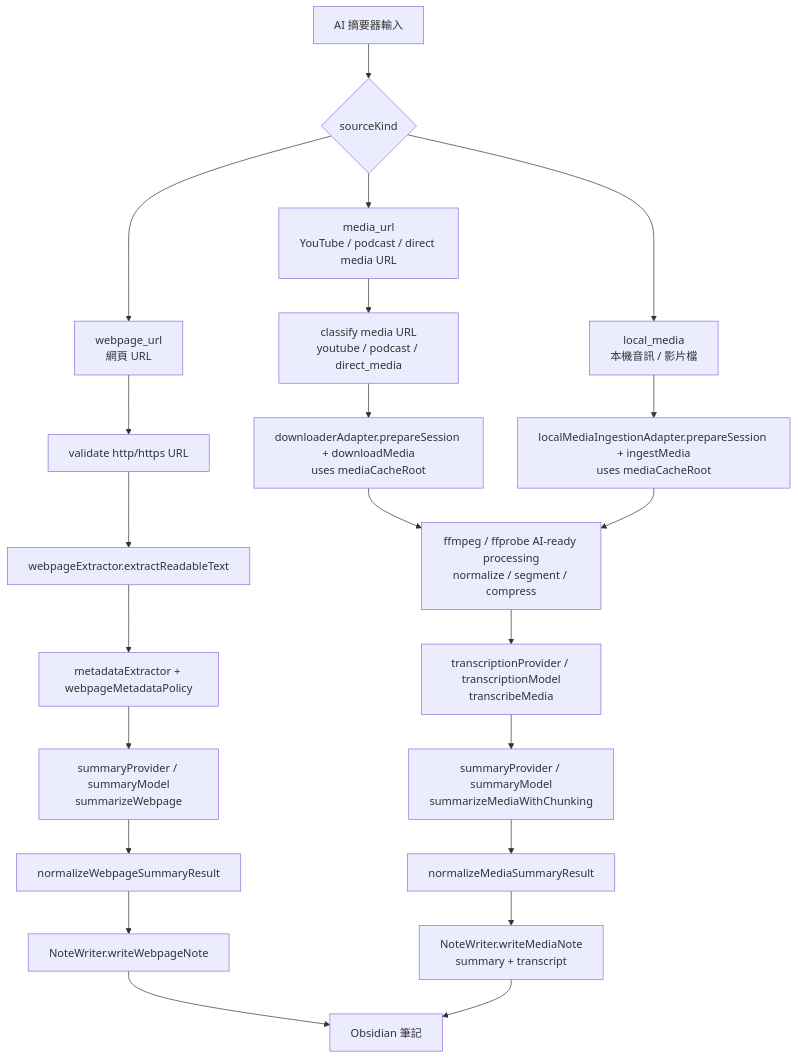
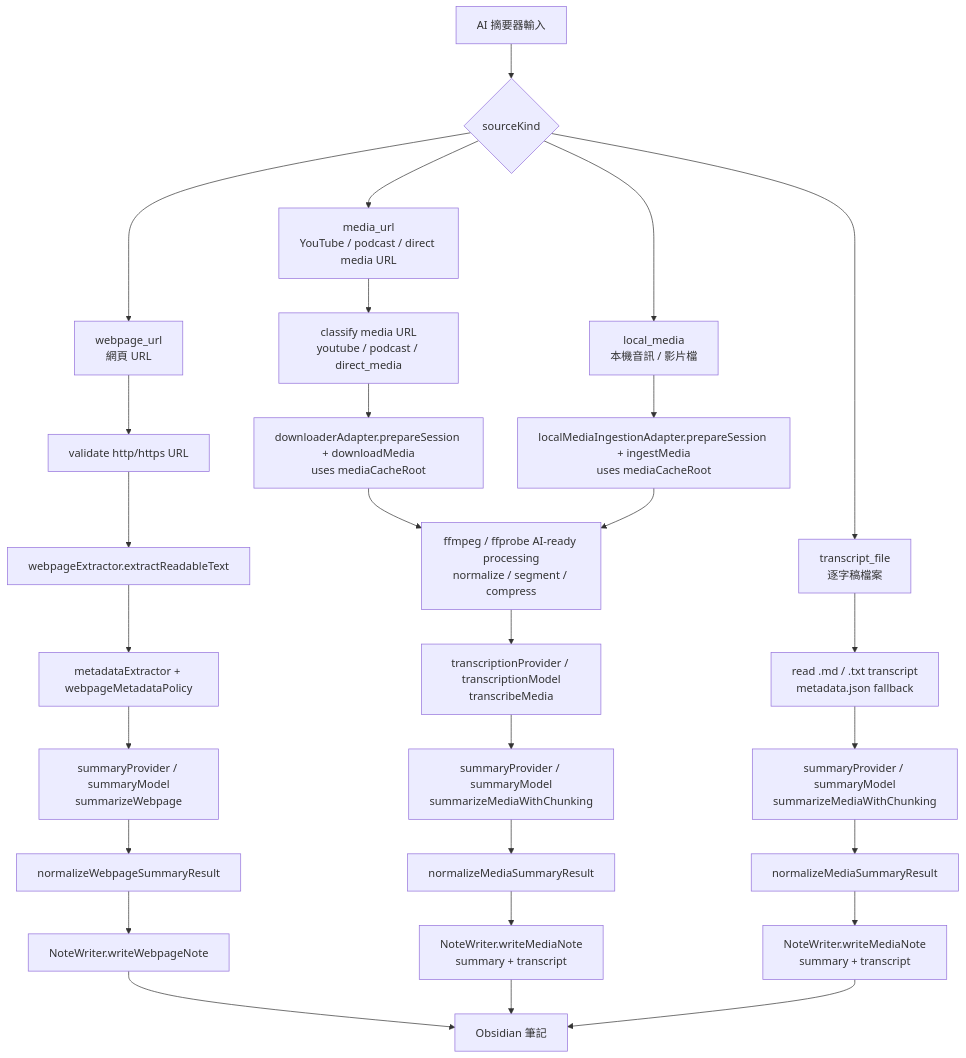
Before and after one commit to GollyKuo/Obsidian-AI-Summarizer: the diagram in docs/architecture-boundary.md, drawn with Mermaid. The commit also changed other lines of this file and 47 other files, not shown here.

````diff
--- a/docs/architecture-boundary.md
+++ b/docs/architecture-boundary.md
@@ -132,29 +141,36 @@
 ```mermaid
 flowchart TD
   Start["AI 摘要器輸入"] --> SourceKind{"sourceKind"}
 
   SourceKind --> Webpage["webpage_url<br/>網頁 URL"]
   SourceKind --> MediaUrl["media_url<br/>YouTube / podcast / direct media URL"]
   SourceKind --> LocalMedia["local_media<br/>本機音訊 / 影片檔"]
+  SourceKind --> TranscriptFile["transcript_file<br/>逐字稿檔案"]
 
   Webpage --> WebValidate["validate http/https URL"]
   WebValidate --> WebExtract["webpageExtractor.extractReadableText"]
   WebExtract --> WebMetadata["metadataExtractor + webpageMetadataPolicy"]
   WebMetadata --> WebSummary["summaryProvider / summaryModel<br/>summarizeWebpage"]
   WebSummary --> WebNormalize["normalizeWebpageSummaryResult"]
   WebNormalize --> WebWrite["NoteWriter.writeWebpageNote"]
   WebWrite --> Vault["Obsidian 筆記"]
 
   MediaUrl --> UrlClassify["classify media URL<br/>youtube / podcast / direct_media"]
   UrlClassify --> Download["downloaderAdapter.prepareSession + downloadMedia<br/>uses mediaCacheRoot"]
   Download --> MediaPrep["ffmpeg / ffprobe AI-ready processing<br/>normalize / segment / compress"]
 
   LocalMedia --> LocalIngest["localMediaIngestionAdapter.prepareSession + ingestMedia<br/>uses mediaCacheRoot"]
   LocalIngest --> MediaPrep
 
   MediaPrep --> Transcribe["transcriptionProvider / transcriptionModel<br/>transcribeMedia"]
   Transcribe --> MediaSummary["summaryProvider / summaryModel<br/>summarizeMediaWithChunking"]
   MediaSummary --> MediaNormalize["normalizeMediaSummaryResult"]
   MediaNormalize --> MediaWrite["NoteWriter.writeMediaNote<br/>summary + transcript"]
   MediaWrite --> Vault
+
+  TranscriptFile --> TranscriptRead["read .md / .txt transcript<br/>metadata.json fallback"]
+  TranscriptRead --> TranscriptSummary["summaryProvider / summaryModel<br/>summarizeMediaWithChunking"]
+  TranscriptSummary --> TranscriptNormalize["normalizeMediaSummaryResult"]
+  TranscriptNormalize --> TranscriptWrite["NoteWriter.writeMediaNote<br/>summary + transcript"]
+  TranscriptWrite --> Vault
 ```
````
